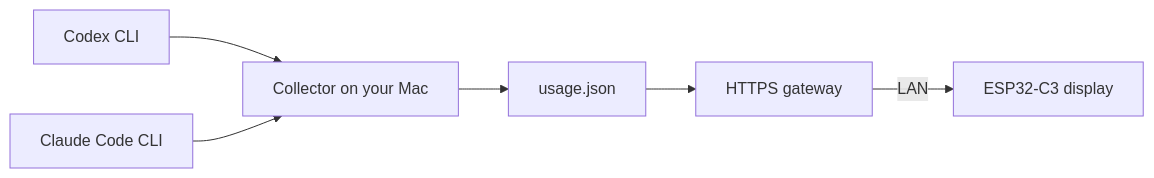
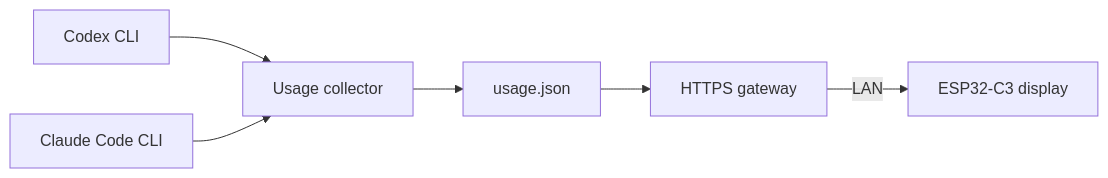
Before and after one commit to Franek1703/deskBuddy: the diagram in README.md, drawn with Mermaid. The commit also changed other lines of this file, not shown here.

````diff
--- a/README.md
+++ b/README.md
@@ -15,8 +15,8 @@
 ```mermaid
 flowchart LR
-    Codex["Codex CLI"] --> Collector["Collector on your Mac"]
+    Codex["Codex CLI"] --> Collector["Usage collector"]
     Claude["Claude Code CLI"] --> Collector
     Collector --> Snapshot["usage.json"]
     Snapshot --> Gateway["HTTPS gateway"]
     Gateway -->|LAN| Display["ESP32-C3 display"]
 ```
````
